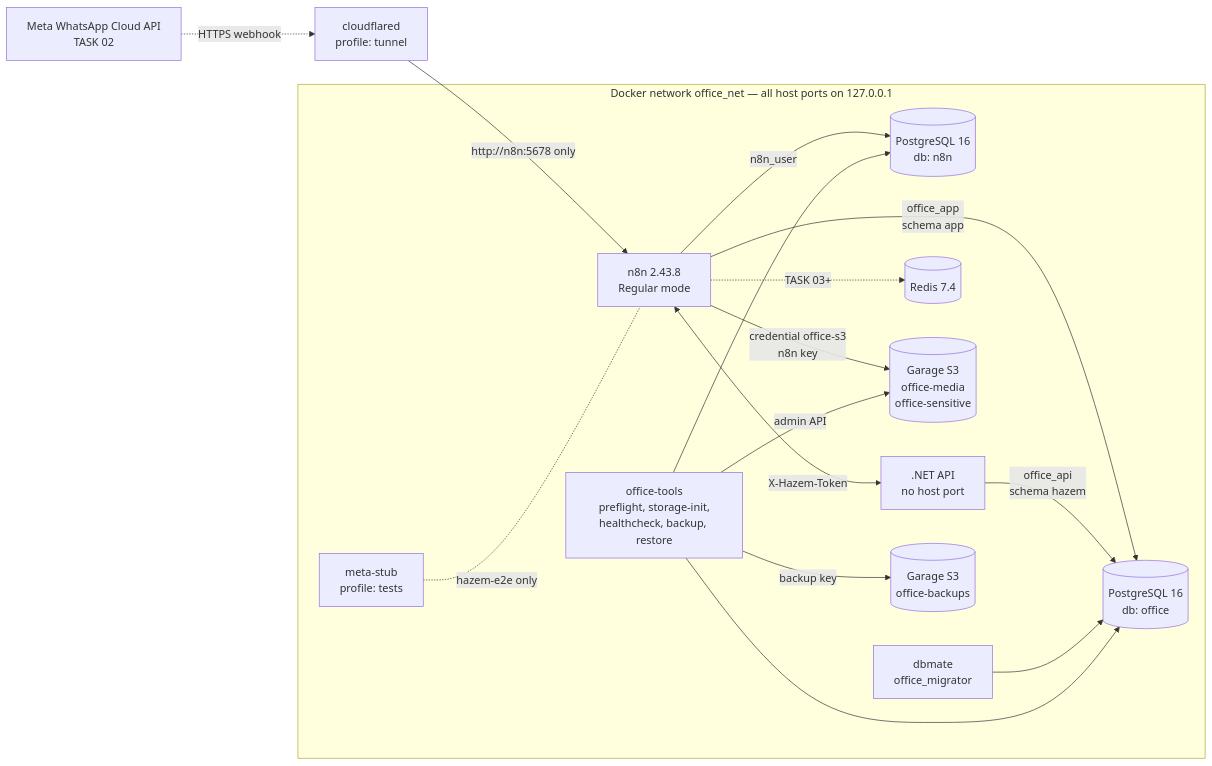
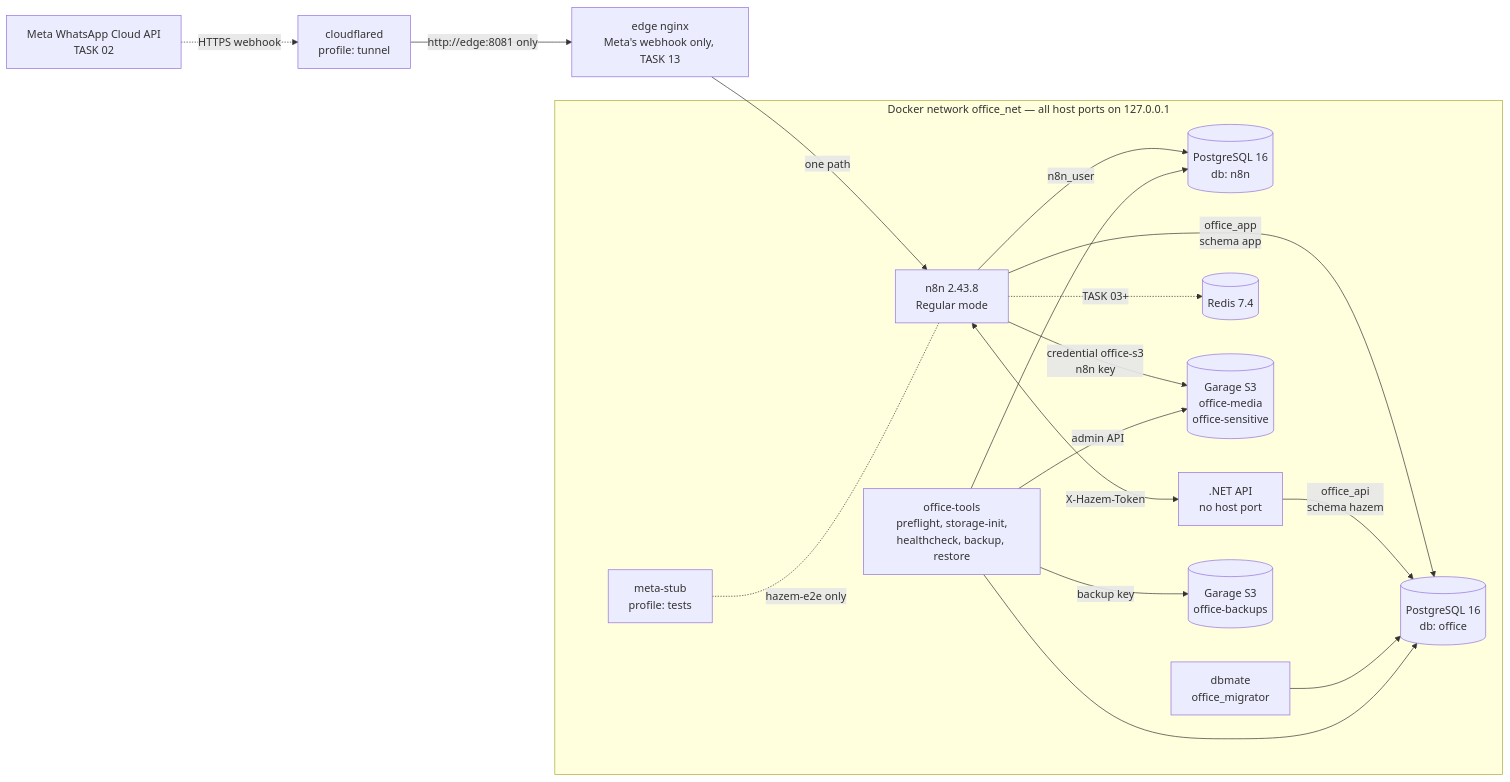
One commit to LegalAI-Platform/Office_chatbot changed the diagram in docs/infrastructure.md. Above: the diagram before and after it, drawn with Mermaid. The commit also changed other lines of this file and 40 other files, not shown here.

````diff
--- a/docs/infrastructure.md
+++ b/docs/infrastructure.md
@@ -8,20 +8,21 @@
 ```mermaid
 flowchart LR
     META[Meta WhatsApp Cloud API<br/>TASK 02] -. HTTPS webhook .-> CF[cloudflared<br/>profile: tunnel]
-    CF -->|http://n8n:5678 only| N8N[n8n 2.43.8<br/>Regular mode]
+    CF -->|http://edge:8081 only| EDGE[edge nginx<br/>Meta's webhook only, TASK 13]
+    EDGE -->|one path| N8N[n8n 2.43.8<br/>Regular mode]
 
     subgraph office_net [Docker network office_net — all host ports on 127.0.0.1]
         N8N -->|n8n_user| PGN[(PostgreSQL 16<br/>db: n8n)]
         N8N -->|office_app<br/>schema app| PGO[(PostgreSQL 16<br/>db: office)]
         N8N <-->|X-Hazem-Token| API[.NET API<br/>no host port]
         API -->|office_api<br/>schema hazem| PGO
         N8N -. TASK 03+ .-> REDIS[(Redis 7.4)]
         N8N -->|credential office-s3<br/>n8n key| S3[(Garage S3<br/>office-media<br/>office-sensitive)]
         STUB[meta-stub<br/>profile: tests] -. hazem-e2e only .- N8N
         MIG[dbmate<br/>office_migrator] --> PGO
         TOOLS[office-tools<br/>preflight, storage-init,<br/>healthcheck, backup, restore] --> PGN
         TOOLS --> PGO
         TOOLS -->|backup key| BK[(Garage S3<br/>office-backups)]
         TOOLS -->|admin API| S3
     end
 ```
````
